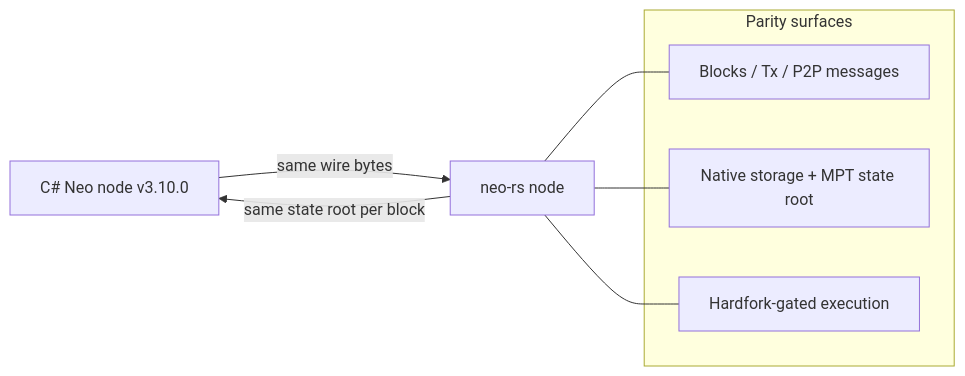
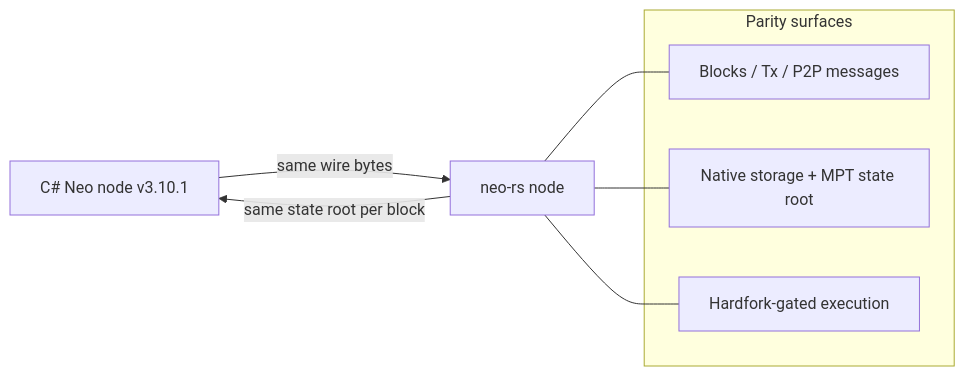
One commit to r3e-network/neo-rs changed the first of 3 diagrams in docs/protocol-compatibility.md. Above: the diagram before and after it, drawn with Mermaid. The commit also changed other lines of this file and 30 other files, not shown here.

````diff
--- a/docs/protocol-compatibility.md
+++ b/docs/protocol-compatibility.md
@@ -13,13 +13,13 @@
 ```mermaid
 flowchart LR
-    A[C# Neo node v3.10.0] -- same wire bytes --> N[neo-rs node]
+    A[C# Neo node v3.10.1] -- same wire bytes --> N[neo-rs node]
     N -- same state root per block --> A
     subgraph "Parity surfaces"
       W[Blocks / Tx / P2P messages]
       S[Native storage + MPT state root]
       H[Hardfork-gated execution]
     end
     N --- W
     N --- S
     N --- H
 ```
````
